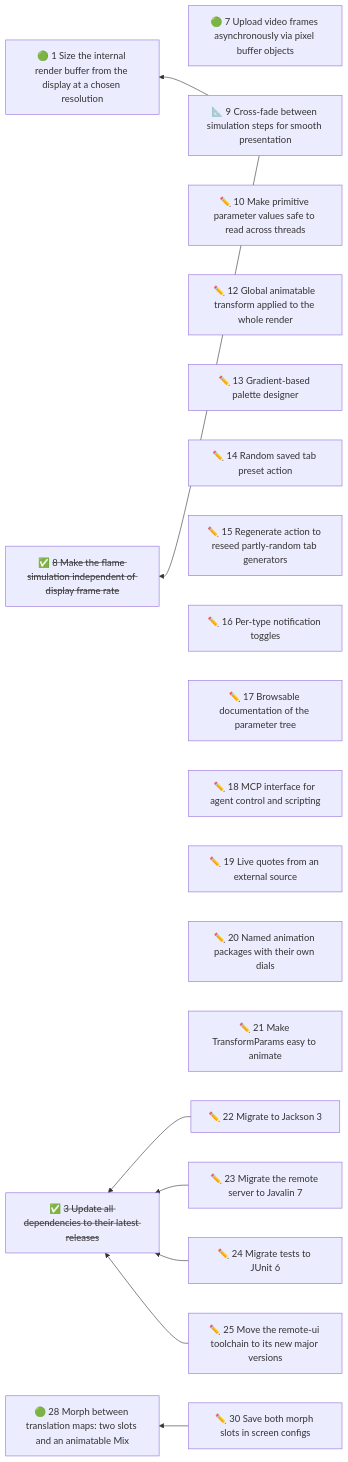
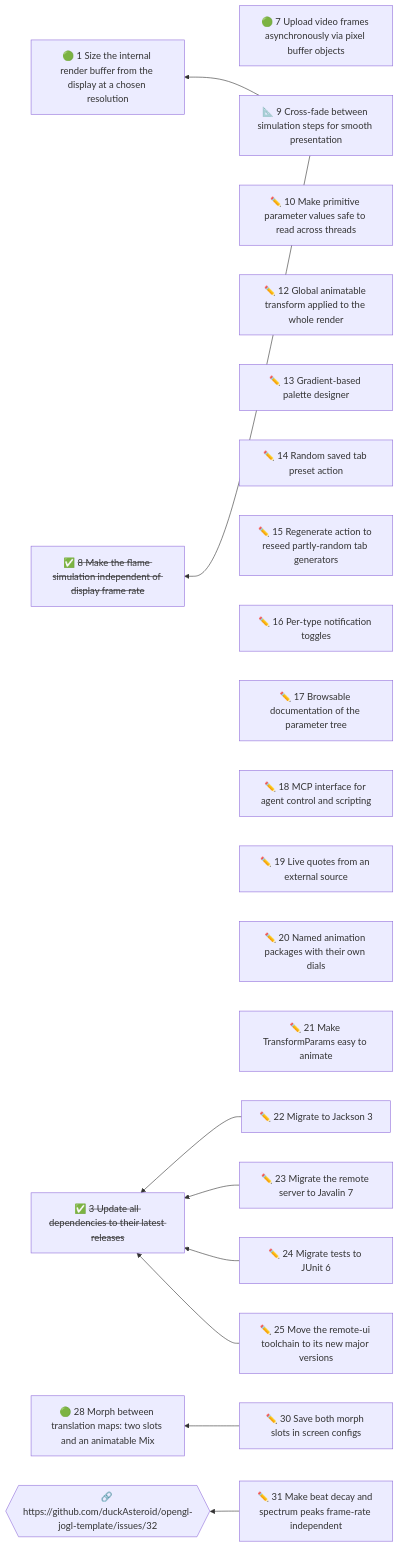
One commit to duckAsteroid/cthugha-reborn changed the diagram in docs/initiatives/README.md. Above: the diagram before and after it, drawn with Mermaid. The commit also changed other lines of this file and 1 other file, not shown here.

Commit message:
docs(initiatives): add ct#31 frame-rate-independent beat decay, tracking upstream #32
Claude-Session: https://claude.ai/code/session_01YNCZAv8ZyACNq2QKWJoFvK

````diff
--- a/docs/initiatives/README.md
+++ b/docs/initiatives/README.md
@@ -53,54 +54,59 @@
 ```mermaid
 flowchart RL
   n1["🟢 1 Size the internal render buffer from the display at a chosen resolution"]
   n7["🟢 7 Upload video frames asynchronously via pixel buffer objects"]
   n9["📐 9 Cross-fade between simulation steps for smooth presentation"]
   n10["✏️ 10 Make primitive parameter values safe to read across threads"]
   n12["✏️ 12 Global animatable transform applied to the whole render"]
   n13["✏️ 13 Gradient-based palette designer"]
   n14["✏️ 14 Random saved tab preset action"]
   n15["✏️ 15 Regenerate action to reseed partly-random tab generators"]
   n16["✏️ 16 Per-type notification toggles"]
   n17["✏️ 17 Browsable documentation of the parameter tree"]
   n18["✏️ 18 MCP interface for agent control and scripting"]
   n19["✏️ 19 Live quotes from an external source"]
   n20["✏️ 20 Named animation packages with their own dials"]
   n21["✏️ 21 Make TransformParams easy to animate"]
   n22["✏️ 22 Migrate to Jackson 3"]
   n23["✏️ 23 Migrate the remote server to Javalin 7"]
   n24["✏️ 24 Migrate tests to JUnit 6"]
   n25["✏️ 25 Move the remote-ui toolchain to its new major versions"]
   n28["🟢 28 Morph between translation maps: two slots and an animatable Mix"]
   n30["✏️ 30 Save both morph slots in screen configs"]
+  n31["✏️ 31 Make beat decay and spectrum peaks frame-rate independent"]
   n8["✅ <s>8 Make the flame simulation independent of display frame rate</s>"]
   n3["✅ <s>3 Update all dependencies to their latest releases</s>"]
+  x1{{"🔗 https://github.com/duckAsteroid/opengl-jogl-template/issues/32"}}
   n9 --> n1
   n9 --> n8
   n22 --> n3
   n23 --> n3
   n24 --> n3
   n25 --> n3
   n30 --> n28
+  n31 --> x1
   click n1 href "01-cap-the-internal-render-resolution-at-high-window-sizes.md"
   click n7 href "07-upload-video-frames-asynchronously-via-pixel-buffer-objects.md"
   click n9 href "09-decouple-simulation-from-display-with-interpolated-presentat.md"
   click n10 href "10-make-primitive-parameter-values-safe-to-read-across-threads.md"
   click n12 href "12-global-animatable-transform-applied-to-the-whole-render.md"
   click n13 href "13-gradient-based-palette-designer.md"
   click n14 href "14-random-saved-tab-preset-action.md"
   click n15 href "15-regenerate-action-to-reseed-partly-random-tab-generators.md"
   click n16 href "16-per-type-notification-toggles.md"
   click n17 href "17-browsable-documentation-of-the-parameter-tree.md"
   click n18 href "18-mcp-interface-for-agent-control-and-scripting.md"
   click n19 href "19-live-quotes-from-an-external-source.md"
   click n20 href "20-named-animation-packages-with-their-own-dials.md"
   click n21 href "21-make-transformparams-easy-to-animate.md"
   click n22 href "22-migrate-to-jackson-3.md"
   click n23 href "23-migrate-the-remote-server-to-javalin-7.md"
   click n24 href "24-migrate-tests-to-junit-6.md"
   click n25 href "25-move-the-remote-ui-toolchain-to-its-new-major-versions.md"
   click n28 href "28-blend-between-two-translation-maps-over-time.md"
   click n30 href "30-save-both-morph-slots-in-screen-configs.md"
+  click n31 href "31-make-beat-decay-and-spectrum-peaks-frame-rate-independent.md"
   click n8 href "08-make-the-flame-simulation-independent-of-display-frame-rate.md"
   click n3 href "03-update-all-dependencies-to-their-latest-releases.md"
+  click x1 href "https://github.com/duckAsteroid/opengl-jogl-template/issues/32"
 ```
````
